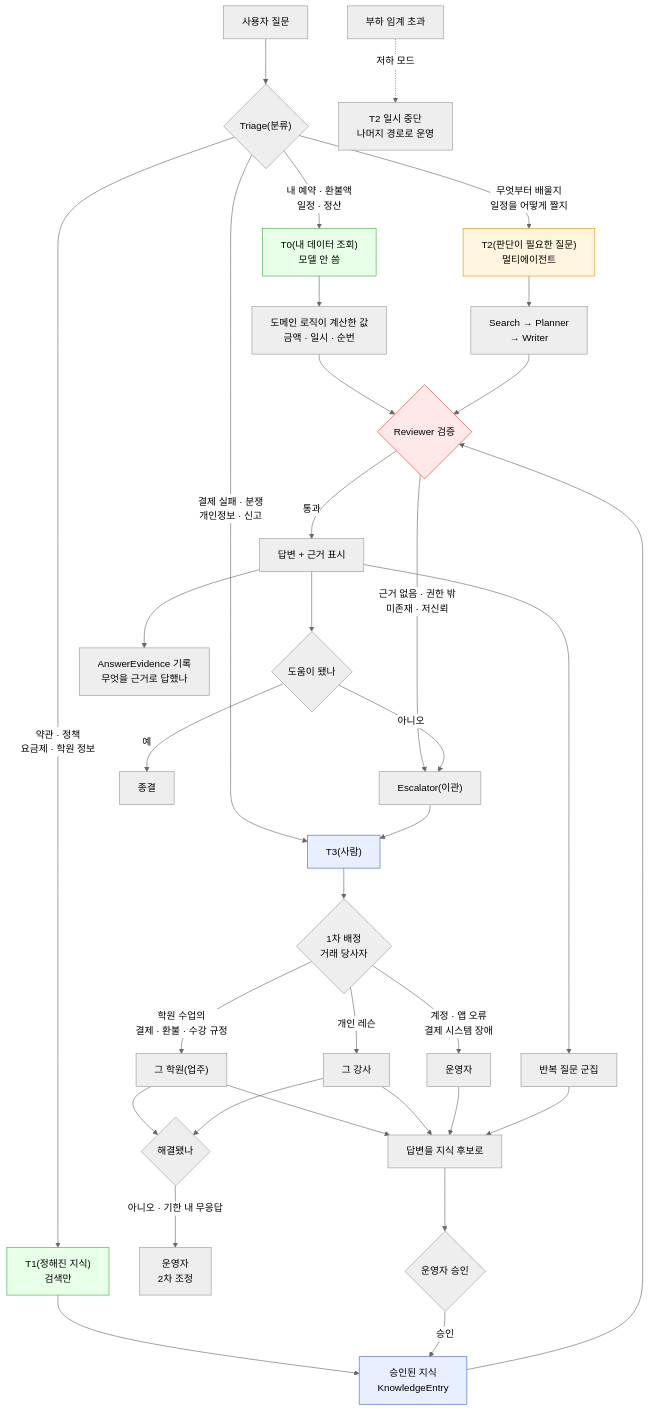
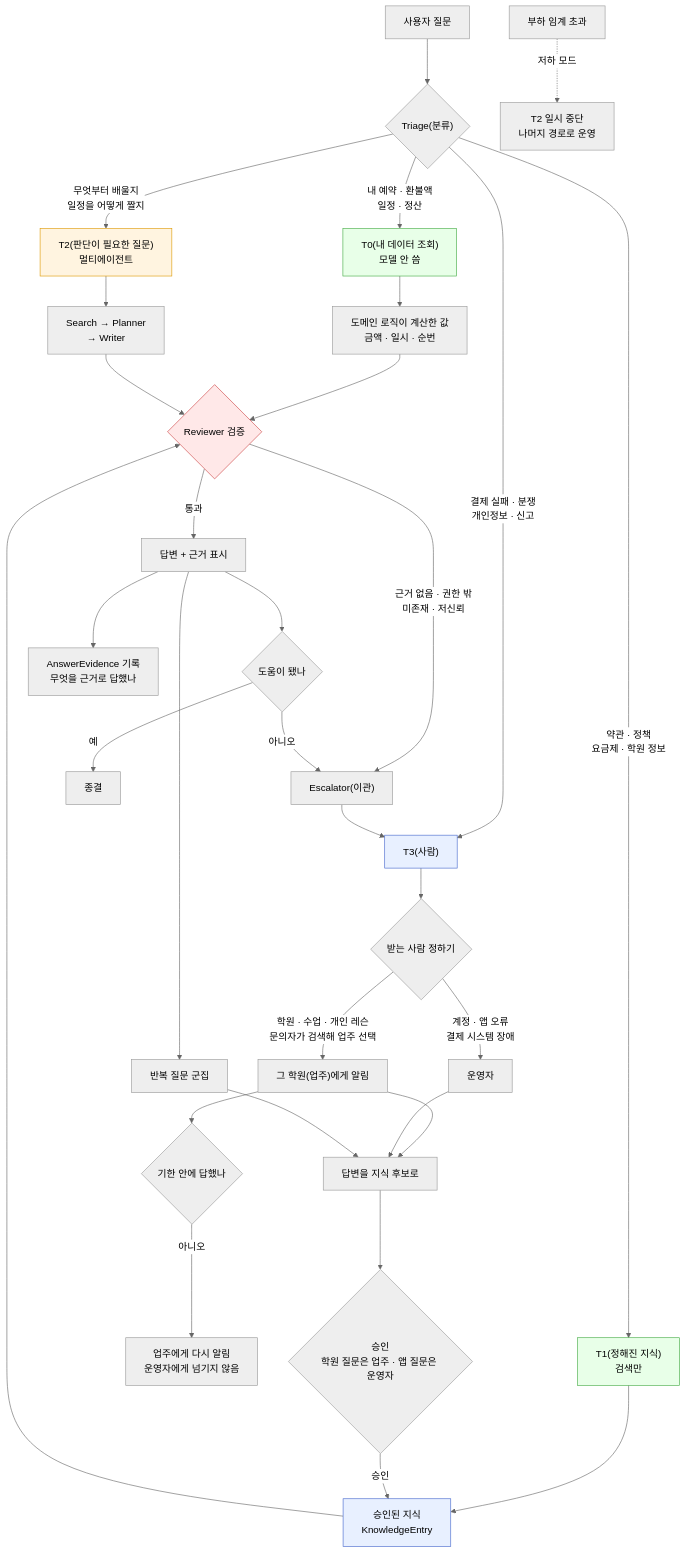
Diagram 13 of 13 in docs/kdancex4_service_definition_and_tech_stack.md (ChaeUngLim/kdancex4), drawn with Mermaid (neutral theme) before and after one commit. The commit also changed other lines of this file and 2 other files, not shown here.

````diff
--- a/docs/kdancex4_service_definition_and_tech_stack.md
+++ b/docs/kdancex4_service_definition_and_tech_stack.md
@@ -1638,49 +1779,46 @@
 ```mermaid
 flowchart TB
     Q["사용자 질문"] --> TR{"Triage(분류)"}
 
     TR -->|"내 예약 · 환불액<br/>일정 · 정산"| T0["T0(내 데이터 조회)<br/>모델 안 씀"]
     TR -->|"약관 · 정책<br/>요금제 · 학원 정보"| T1["T1(정해진 지식)<br/>검색만"]
     TR -->|"무엇부터 배울지<br/>일정을 어떻게 짤지"| T2["T2(판단이 필요한 질문)<br/>멀티에이전트"]
     TR -->|"결제 실패 · 분쟁<br/>개인정보 · 신고"| T3["T3(사람)"]
 
     T0 --> DOM["도메인 로직이 계산한 값<br/>금액 · 일시 · 순번"]
     T1 --> KB["승인된 지식<br/>KnowledgeEntry"]
     T2 --> AG["Search → Planner<br/>→ Writer"]
 
     DOM --> RV{"Reviewer 검증"}
     KB --> RV
     AG --> RV
     RV -->|"근거 없음 · 권한 밖<br/>미존재 · 저신뢰"| ESC["Escalator(이관)"]
     RV -->|"통과"| ANS["답변 + 근거 표시"]
     ESC --> T3
-    T3 --> HUMAN{"1차 배정<br/>거래 당사자"}
-    HUMAN -->|"학원 수업의<br/>결제 · 환불 · 수강 규정"| HA["그 학원(업주)"]
-    HUMAN -->|"개인 레슨"| HI["그 강사"]
+    T3 --> HUMAN{"받는 사람 정하기"}
+    HUMAN -->|"학원 · 수업 · 개인 레슨<br/>문의자가 검색해 업주 선택"| HA["그 학원(업주)에게 알림"]
     HUMAN -->|"계정 · 앱 오류<br/>결제 시스템 장애"| HO["운영자"]
-    HA --> UNRES{"해결됐나"}
-    HI --> UNRES
-    UNRES -->|"아니오 · 기한 내 무응답"| HO2["운영자<br/>2차 조정"]
+    HA --> UNRES{"기한 안에 답했나"}
+    UNRES -->|"아니오"| HO2["업주에게 다시 알림<br/>운영자에게 넘기지 않음"]
 
     ANS --> FB{"도움이 됐나"}
     FB -->|"아니오"| ESC
     FB -->|"예"| CLOSE["종결"]
 
     ANS --> EV["AnswerEvidence 기록<br/>무엇을 근거로 답했나"]
     HA --> SEED["답변을 지식 후보로"]
-    HI --> SEED
     HO --> SEED
     ANS --> REP["반복 질문 군집"]
     REP --> SEED
-    SEED --> APPROVE{"운영자 승인"}
+    SEED --> APPROVE{"승인<br/>학원 질문은 업주 · 앱 질문은 운영자"}
     APPROVE -->|"승인"| KB
 
     LOAD["부하 임계 초과"] -.->|"저하 모드"| T2OFF["T2 일시 중단<br/>나머지 경로로 운영"]
 
     style T0 fill:#e8ffe8,stroke:#4a4
     style T1 fill:#e8ffe8,stroke:#4a4
     style T2 fill:#fff4e0,stroke:#d90
     style T3 fill:#e8f0ff,stroke:#46c
     style RV fill:#ffe8e8,stroke:#c44
     style KB fill:#e8f0ff,stroke:#46c
 ```
````
